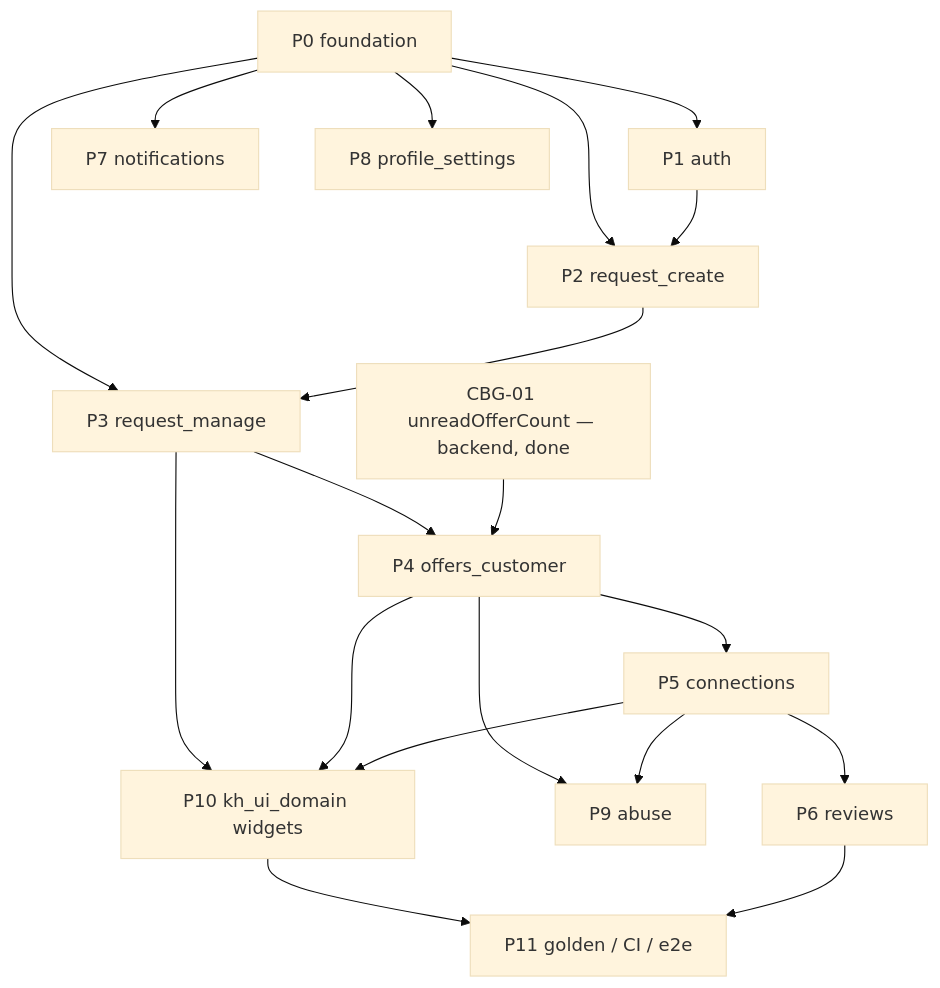
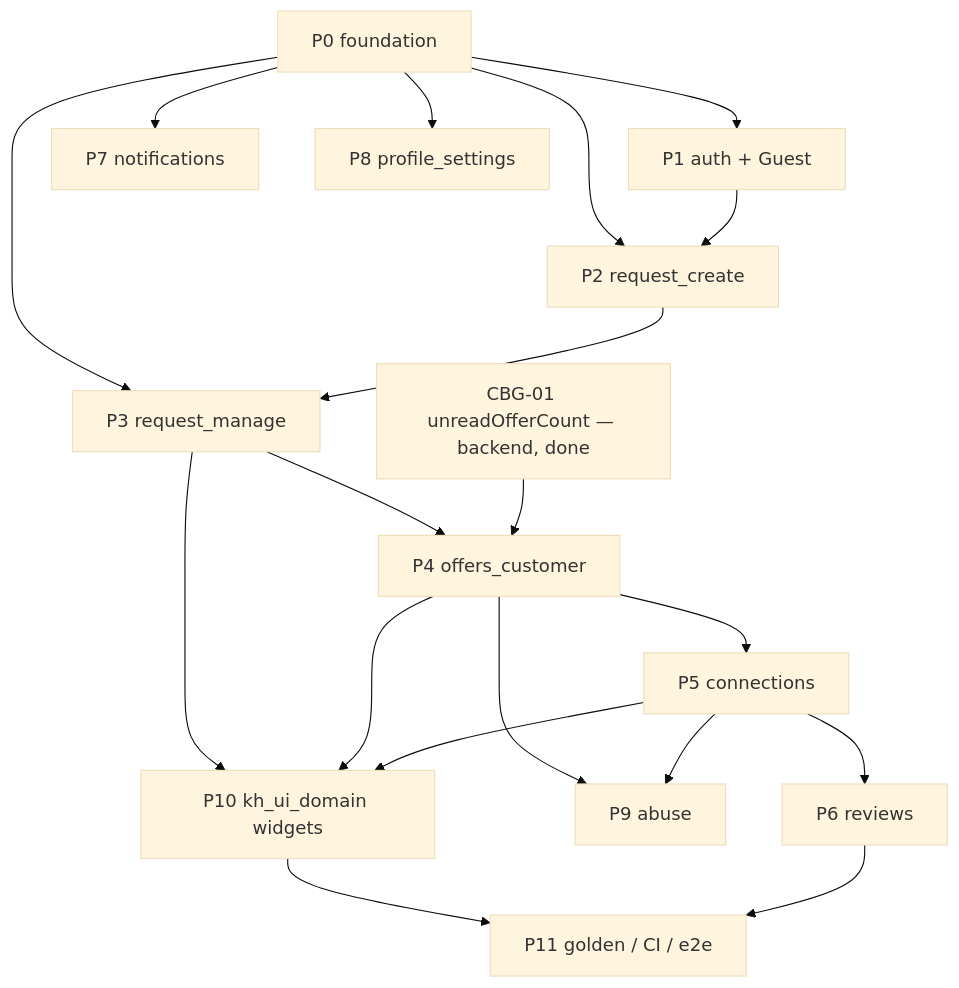
The diagram in docs/Customer-App-Build-Plan.md (shabibmr/karat-hive), drawn with Mermaid (base theme) before and after one commit. The commit also changed other lines of this file and 48 other files, not shown here.

````diff
--- a/docs/Customer-App-Build-Plan.md
+++ b/docs/Customer-App-Build-Plan.md
@@ -60,35 +61,35 @@
 ```mermaid
 flowchart TD
   P0[P0 foundation]
-  P1[P1 auth]
+  P1[P1 auth + Guest]
   P2[P2 request_create]
   P3[P3 request_manage]
   P4[P4 offers_customer]
   P5[P5 connections]
   P6[P6 reviews]
   P7[P7 notifications]
   P8[P8 profile_settings]
   P9[P9 abuse]
   P10[P10 kh_ui_domain widgets]
   P11[P11 golden / CI / e2e]
   CBG[CBG-01 unreadOfferCount — backend, done]
 
   P0 --> P1
   P0 --> P2
   P0 --> P3
   P0 --> P7
   P0 --> P8
   P1 --> P2
   P2 --> P3
   P3 --> P4
   CBG --> P4
   P4 --> P5
   P5 --> P6
   P4 --> P9
   P5 --> P9
   P3 --> P10
   P4 --> P10
   P5 --> P10
   P10 --> P11
   P6 --> P11
 ```
````
